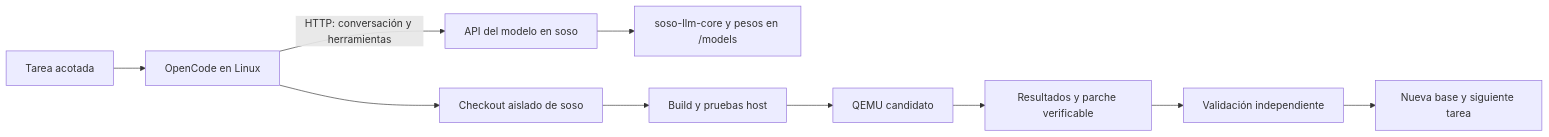
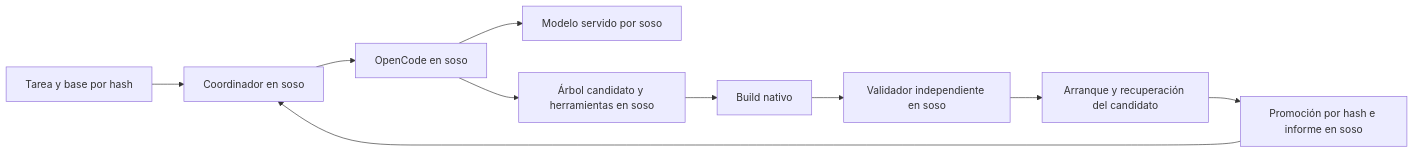
Before and after one commit to demonodojo/soso: the diagram in SELF_IMPROVEMENT.md, drawn with Mermaid. The commit also changed other lines of this file and 90 other files, not shown here.

````diff
--- a/SELF_IMPROVEMENT.md
+++ b/SELF_IMPROVEMENT.md
@@ -64,12 +73,12 @@
 ```mermaid
 flowchart LR
-    T[Tarea acotada] --> O[OpenCode en Linux]
-    O -->|HTTP: conversación y herramientas| A[API del modelo en soso]
-    A --> R[soso-llm-core y pesos en /models]
-    O --> W[Checkout aislado de soso]
-    W --> B[Build y pruebas host]
-    B --> Q[QEMU candidato]
-    Q --> E[Resultados y parche verificable]
-    E --> V[Validación independiente]
-    V --> N[Nueva base y siguiente tarea]
+    T[Tarea y base por hash] --> C[Coordinador en soso]
+    C --> O[OpenCode en soso]
+    O --> A[Modelo servido por soso]
+    O --> W[Árbol candidato y herramientas en soso]
+    W --> B[Build nativo]
+    B --> V[Validador independiente en soso]
+    V --> Q[Arranque y recuperación del candidato]
+    Q --> N[Promoción por hash e informe en soso]
+    N --> C
 ```
````
